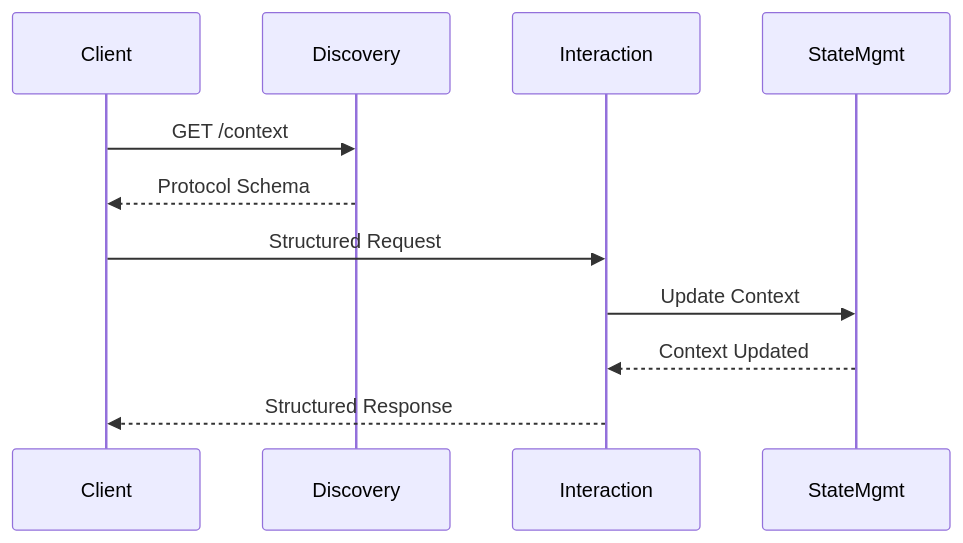
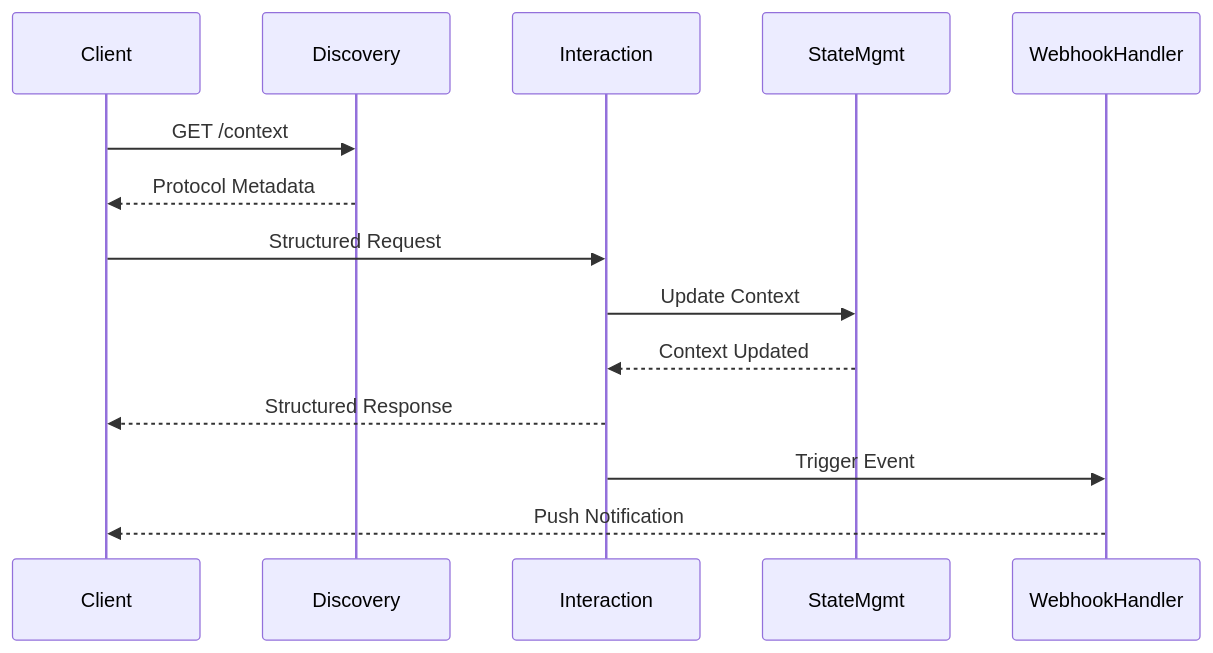
The third of 3 diagrams in specification.md (copyleftdev/idp-specification), drawn with Mermaid before and after one commit. The commit also changed other lines of this file and 2 other files, not shown here.

````diff
--- a/specification.md
+++ b/specification.md
@@ -51,14 +51,17 @@
 ```mermaid
 sequenceDiagram
     participant Client
     participant Discovery
     participant Interaction
     participant StateMgmt
+    participant WebhookHandler
 
     Client->>Discovery: GET /context
-    Discovery-->>Client: Protocol Schema
+    Discovery-->>Client: Protocol Metadata
     Client->>Interaction: Structured Request
     Interaction->>StateMgmt: Update Context
     StateMgmt-->>Interaction: Context Updated
     Interaction-->>Client: Structured Response
+    Interaction->>WebhookHandler: Trigger Event
+    WebhookHandler-->>Client: Push Notification
 ```
````
